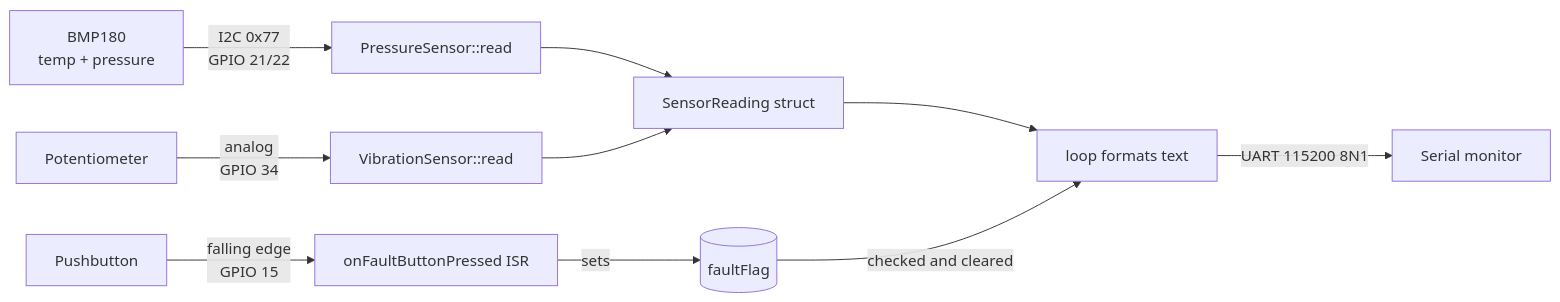
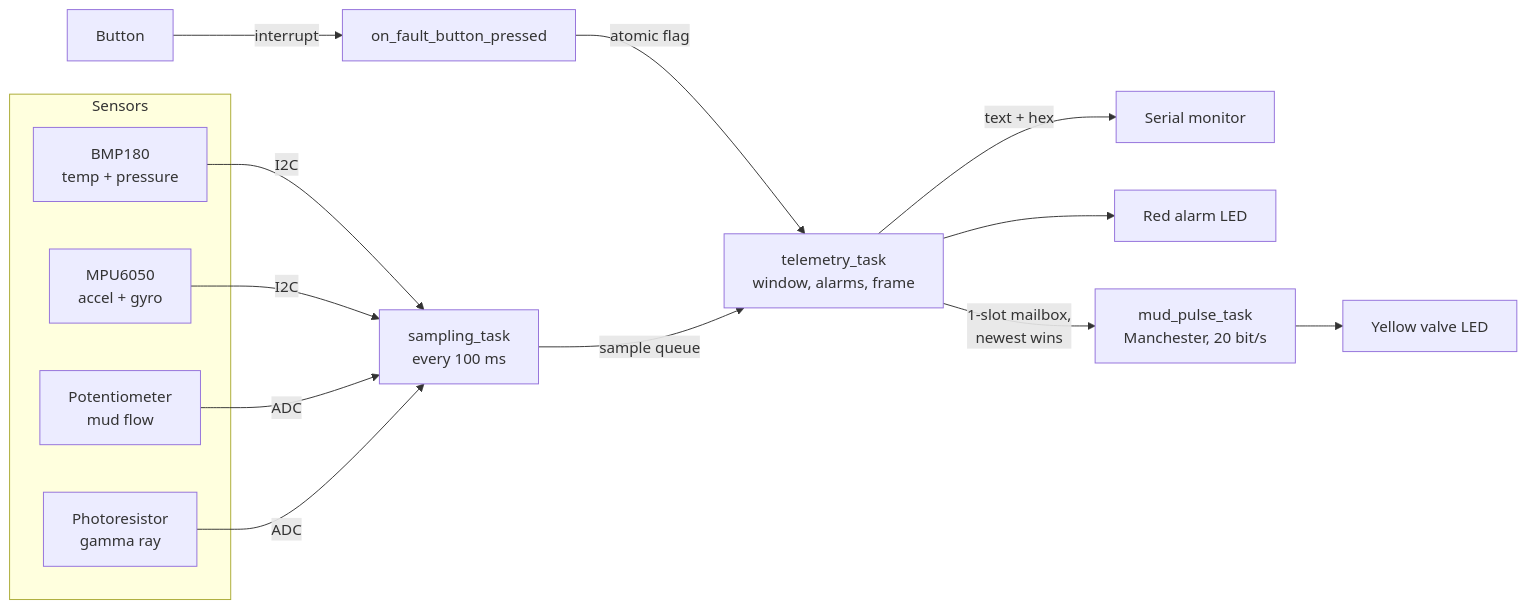
The diagram in README.md (kennethpdang/downhole-telemetry-simulation), drawn with Mermaid before and after one commit. The commit also changed other lines of this file and 26 other files, not shown here.

First line of the commit message:
Add MPU6050, mud flow, gamma ray, FreeRTOS pipeline and mud-pulse uplink

````diff
--- a/README.md
+++ b/README.md
@@ -171,12 +190,22 @@
 ```mermaid
 flowchart LR
-    BMP[BMP180<br/>temp + pressure] -- I2C 0x77<br/>GPIO 21/22 --> PS[PressureSensor::read]
-    POT[Potentiometer] -- analog<br/>GPIO 34 --> VS[VibrationSensor::read]
-    BTN[Pushbutton] -- falling edge<br/>GPIO 15 --> ISR[onFaultButtonPressed ISR]
-    ISR -- sets --> FLAG[(faultFlag)]
-    PS --> SR[SensorReading struct]
-    VS --> SR
-    SR --> LOOP[loop formats text]
-    FLAG -- checked and cleared --> LOOP
-    LOOP -- UART 115200 8N1 --> MON[Serial monitor]
+    subgraph Sensors
+        BMP[BMP180<br/>temp + pressure]
+        IMU[MPU6050<br/>accel + gyro]
+        POT[Potentiometer<br/>mud flow]
+        LDR[Photoresistor<br/>gamma ray]
+    end
+    BTN[Button] -- interrupt --> ISR[on_fault_button_pressed]
+    ISR -- atomic flag --> TT
+
+    BMP -- I2C --> ST[sampling_task<br/>every 100 ms]
+    IMU -- I2C --> ST
+    POT -- ADC --> ST
+    LDR -- ADC --> ST
+
+    ST -- sample queue --> TT[telemetry_task<br/>window, alarms, frame]
+    TT -- text + hex --> MON[Serial monitor]
+    TT --> RED[Red alarm LED]
+    TT -- 1-slot mailbox,<br/>newest wins --> MP[mud_pulse_task<br/>Manchester, 20 bit/s]
+    MP --> YEL[Yellow valve LED]
 ```
````
